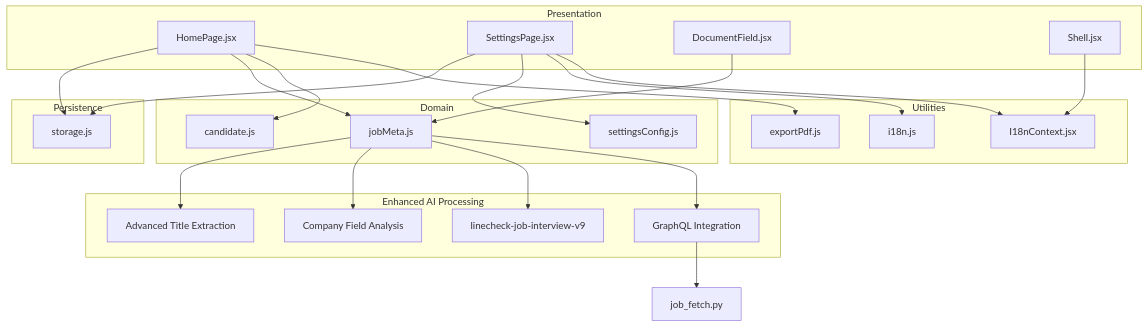
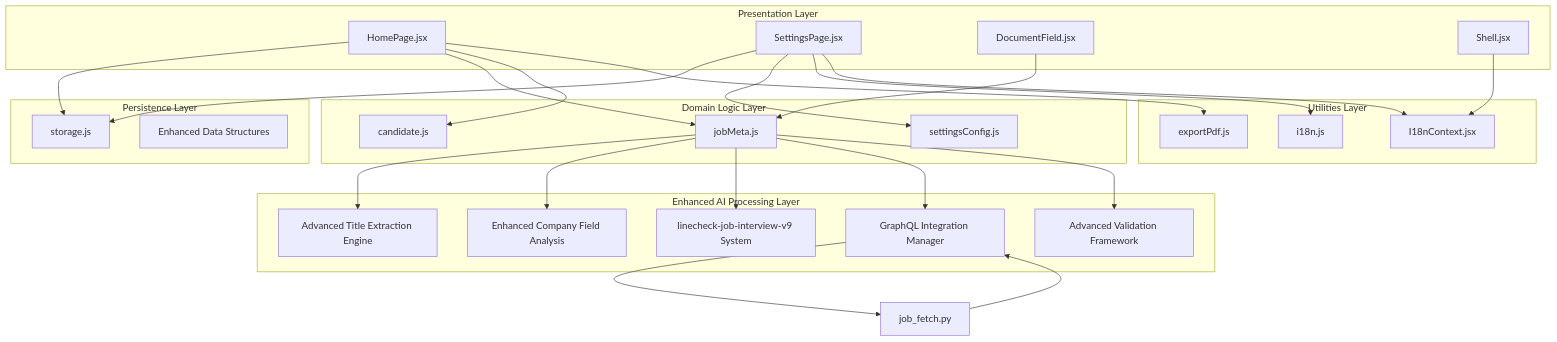
One commit to zmyeo54/briefroom changed the second of 12 diagrams in .qoder/repowiki/en/content/Core Features/Job Application Management.md. Above: the diagram before and after it, drawn with Mermaid. The commit also changed other lines of this file and 37 other files, not shown here.

First line of the commit message:
feat(job-application): enhance job metadata extraction and processing capabilities

````diff
--- a/.qoder/repowiki/en/content/Core Features/Job Application Management.md
+++ b/.qoder/repowiki/en/content/Core Features/Job Application Management.md
@@ -141,43 +148,47 @@
 ```mermaid
 graph TB
-subgraph "Presentation"
+subgraph "Presentation Layer"
 P1["HomePage.jsx"]
 P2["SettingsPage.jsx"]
 C1["DocumentField.jsx"]
 C2["Shell.jsx"]
 end
-subgraph "Domain"
+subgraph "Domain Logic Layer"
 D1["jobMeta.js"]
 D2["candidate.js"]
 D3["settingsConfig.js"]
 end
-subgraph "Enhanced AI Processing"
-A1["Advanced Title Extraction"]
-A2["Company Field Analysis"]
-A3["linecheck-job-interview-v9"]
-A4["GraphQL Integration"]
+subgraph "Enhanced AI Processing Layer"
+A1["Advanced Title Extraction Engine"]
+A2["Enhanced Company Field Analysis"]
+A3["linecheck-job-interview-v9 System"]
+A4["GraphQL Integration Manager"]
+A5["Advanced Validation Framework"]
 end
-subgraph "Persistence"
+subgraph "Persistence Layer"
 S1["storage.js"]
+S2["Enhanced Data Structures"]
 end
-subgraph "Utilities"
+subgraph "Utilities Layer"
 U1["exportPdf.js"]
 U2["i18n.js"]
 U3["I18nContext.jsx"]
 end
 P1 --> S1
 P1 --> D1
 P1 --> D2
 P1 --> U1
 P2 --> S1
 P2 --> D3
 P2 --> U2
 P2 --> U3
 C1 --> D1
 C2 --> U3
 D1 --> A1
 D1 --> A2
 D1 --> A3
 D1 --> A4
+D1 --> A5
 A4 --> P["job_fetch.py"]
+P --> A4
 ```
````
